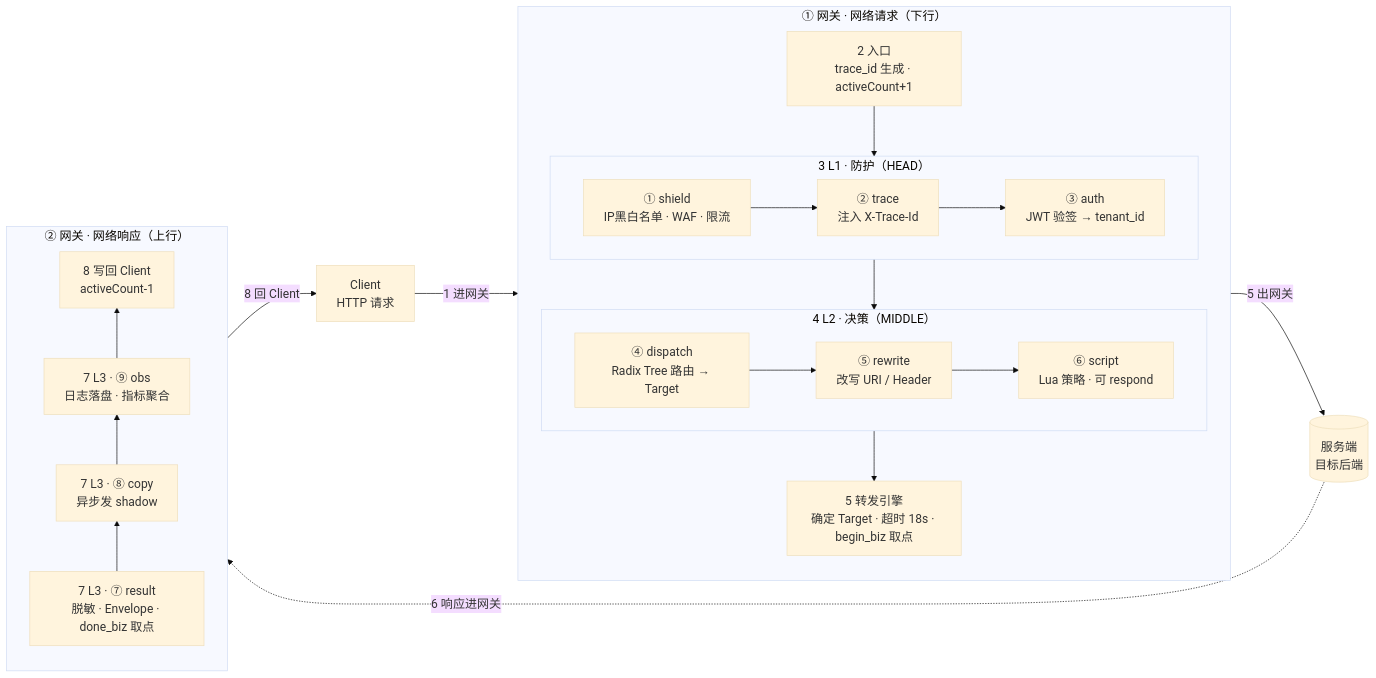
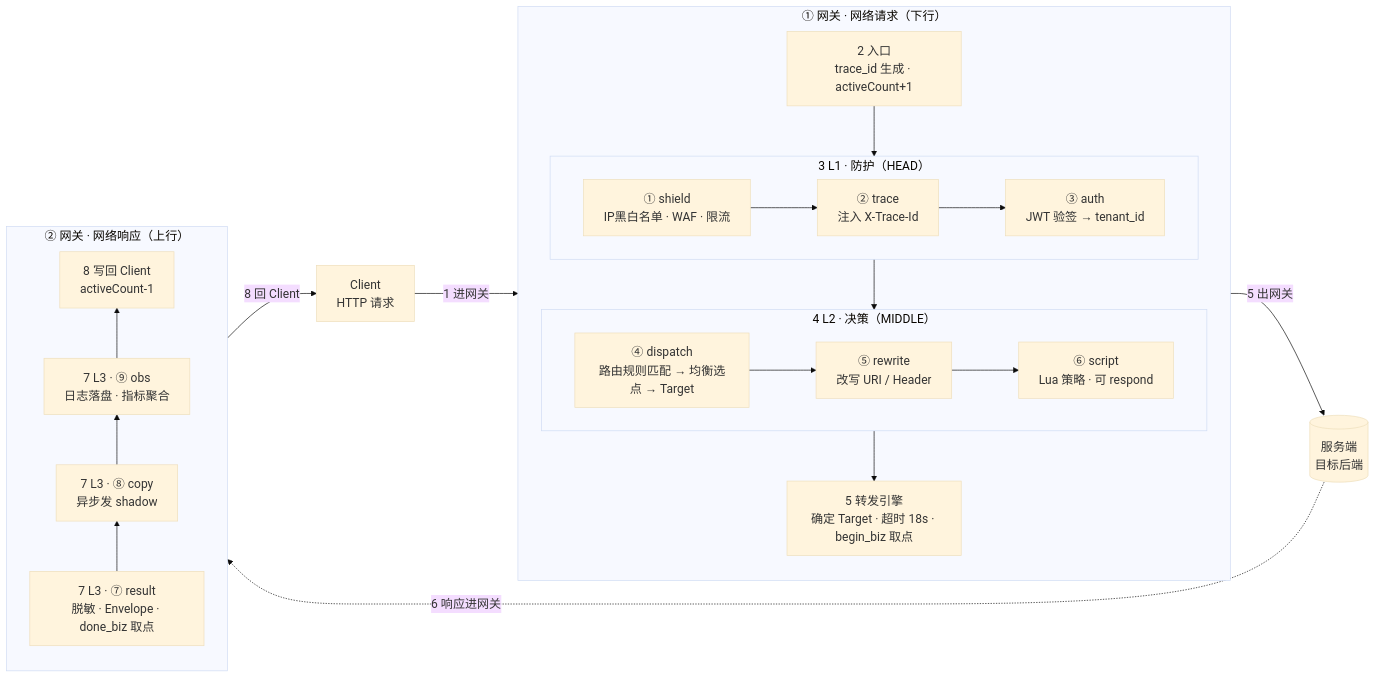
One commit to iotames/rocksys changed the first of 2 diagrams in docs/HTTP_DATAFLOW.md. Above: the diagram before and after it, drawn with Mermaid. The commit also changed other lines of this file and 20 other files, not shown here.

````diff
--- a/docs/HTTP_DATAFLOW.md
+++ b/docs/HTTP_DATAFLOW.md
@@ -12,50 +12,50 @@
 ```mermaid
 %%{init: {"theme": "base", "themeVariables": {"fontSize": "18px", "fontFamily": "\"Microsoft YaHei\", \"PingFang SC\", \"Noto Sans CJK SC\", sans-serif"}}}%%
 flowchart LR
     C["Client<br/>HTTP 请求"]
     SVC[("服务端<br/>目标后端")]
 
     subgraph REQ_GW["① 网关 · 网络请求（下行）"]
         direction TB
         R1["2 入口<br/>trace_id 生成 · activeCount+1"]
 
         subgraph L1["3 L1 · 防护（HEAD）"]
             direction LR
             S1["① shield<br/>IP黑白名单 · WAF · 限流"]
             S2["② trace<br/>注入 X-Trace-Id"]
             S3["③ auth<br/>JWT 验签 → tenant_id"]
             S1 --> S2
             S2 --> S3
         end
 
         subgraph L2["4 L2 · 决策（MIDDLE）"]
             direction LR
-            S4["④ dispatch<br/>Radix Tree 路由 → Target"]
+            S4["④ dispatch<br/>路由规则匹配 → 均衡选点 → Target"]
             S5["⑤ rewrite<br/>改写 URI / Header"]
             S6["⑥ script<br/>Lua 策略 · 可 respond"]
             S4 --> S5
             S5 --> S6
         end
 
         R5["5 转发引擎<br/>确定 Target · 超时 18s · begin_biz 取点"]
         R1 --> L1
         L1 --> L2
         L2 --> R5
     end
 
     subgraph RESP_GW["② 网关 · 网络响应（上行）"]
         direction BT
         WR["8 写回 Client<br/>activeCount-1"]
         S9["7 L3 · ⑨ obs<br/>日志落盘 · 指标聚合"]
         S8["7 L3 · ⑧ copy<br/>异步发 shadow"]
         S7["7 L3 · ⑦ result<br/>脱敏 · Envelope · done_biz 取点"]
         S7 --> S8
         S8 --> S9
         S9 --> WR
     end
 
     C -->|"1 进网关"| REQ_GW
     REQ_GW -->|"5 出网关"| SVC
     SVC -. "6 响应进网关" .-> RESP_GW
     RESP_GW -->|"8 回 Client"| C
 ```
````
